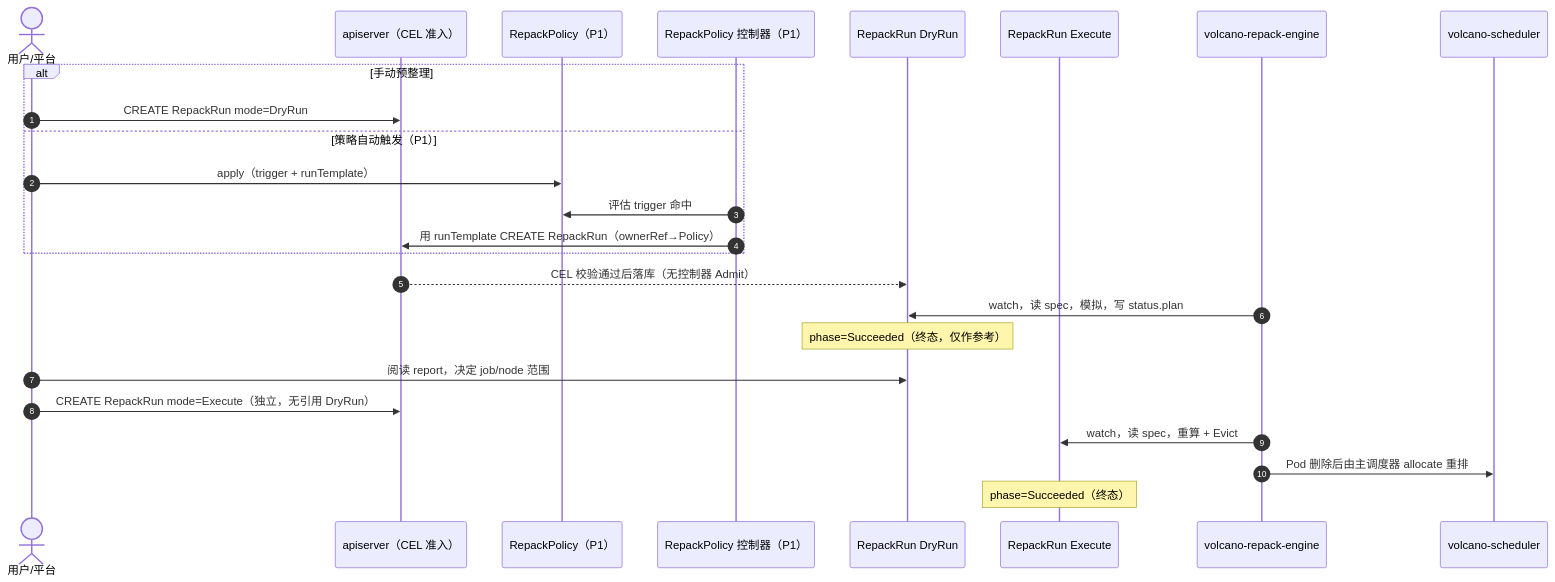
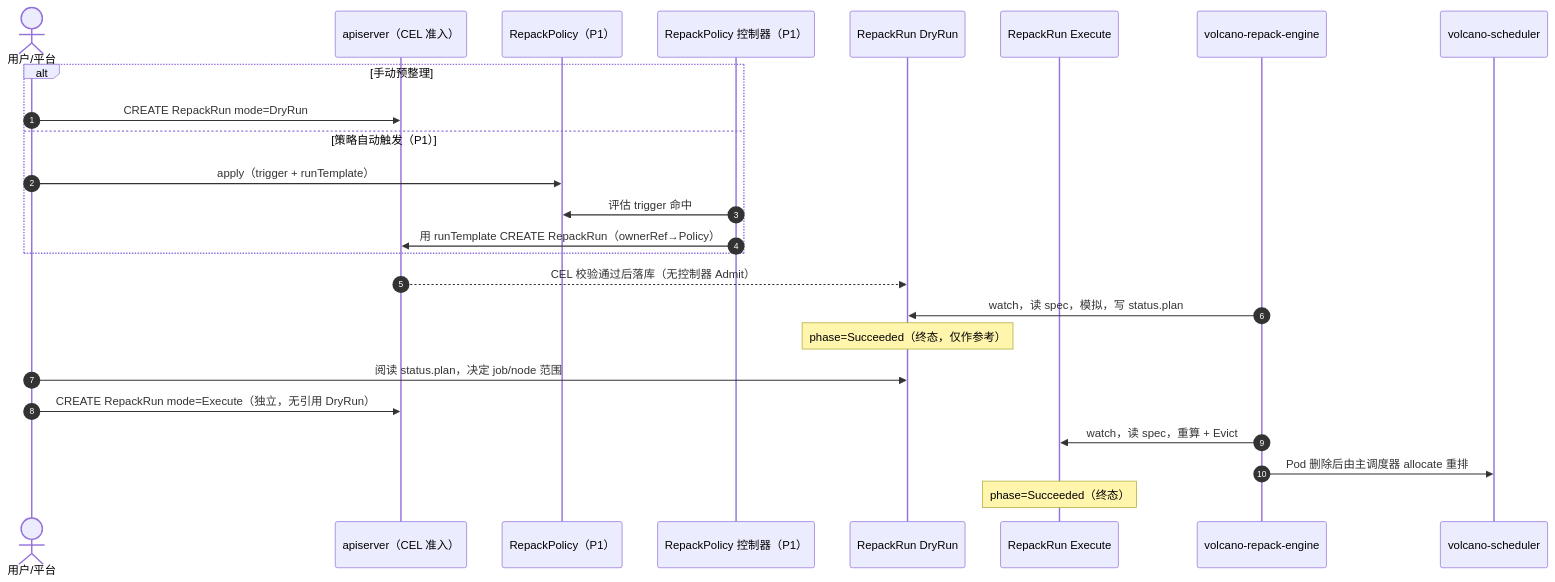
The first of 21 diagrams in docs/design/repack-policy-design.md (wangyang0616/volcano), drawn with Mermaid before and after one commit. The commit also changed other lines of this file and 1 other file, not shown here.

````diff
--- a/docs/design/repack-policy-design.md
+++ b/docs/design/repack-policy-design.md
@@ -164,28 +182,28 @@
 ```mermaid
 sequenceDiagram
     autonumber
     actor User as 用户/平台
     participant API as apiserver（CEL 准入）
     participant Policy as RepackPolicy（P1）
     participant PC as RepackPolicy 控制器（P1）
     participant Dry as RepackRun DryRun
     participant Live as RepackRun Execute
     participant RS as volcano-repack-engine
     participant VS as volcano-scheduler
 
     alt 手动预整理
         User->>API: CREATE RepackRun mode=DryRun
     else 策略自动触发（P1）
         User->>Policy: apply（trigger + runTemplate）
         PC->>Policy: 评估 trigger 命中
         PC->>API: 用 runTemplate CREATE RepackRun（ownerRef→Policy）
     end
     API-->>Dry: CEL 校验通过后落库（无控制器 Admit）
     RS->>Dry: watch，读 spec，模拟，写 status.plan
     Note over Dry: phase=Succeeded（终态，仅作参考）
-    User->>Dry: 阅读 report，决定 job/node 范围
+    User->>Dry: 阅读 status.plan，决定 job/node 范围
     User->>API: CREATE RepackRun mode=Execute（独立，无引用 DryRun）
     RS->>Live: watch，读 spec，重算 + Evict
     RS->>VS: Pod 删除后由主调度器 allocate 重排
     Note over Live: phase=Succeeded（终态）
 ```
````
